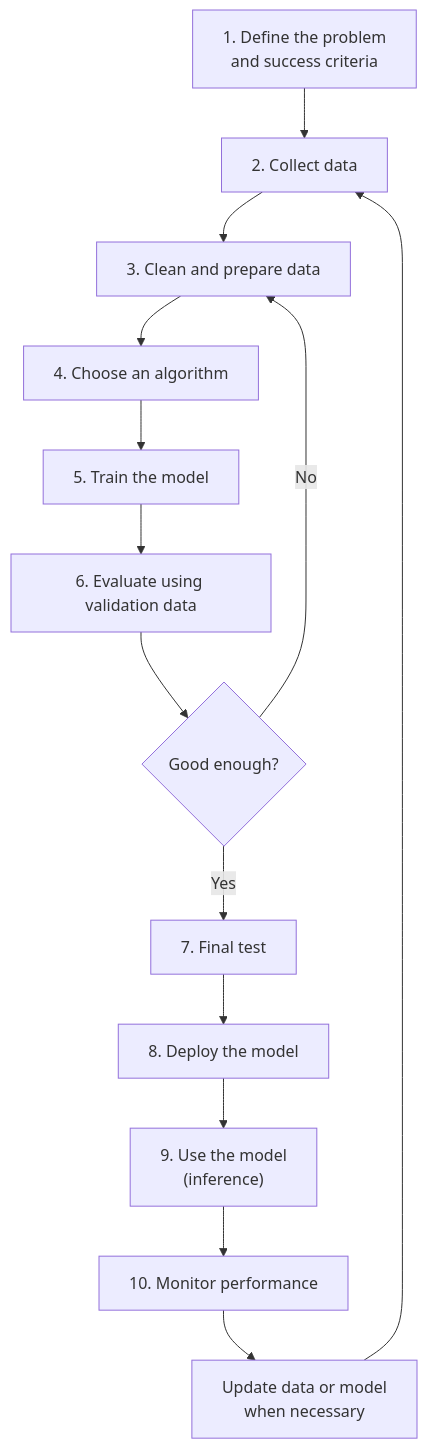
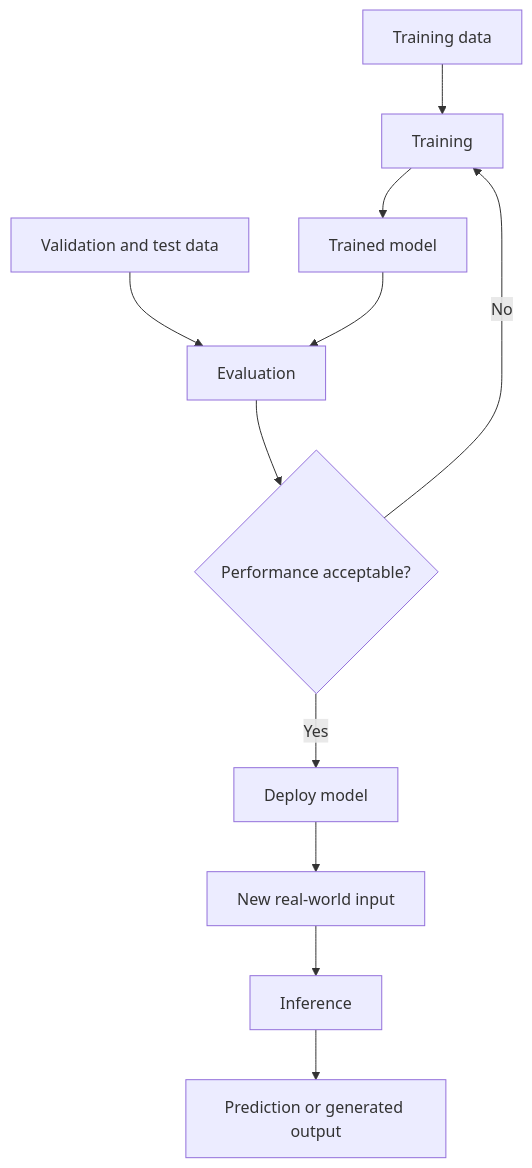
Before and after one commit to benngiiii/BABI-GULING: the fifth of 8 diagrams in Main/study-guide/V2.0/chapter-3-how-artificial-intelligence-works/how-artificial-intelligence-works.md, drawn with Mermaid. The commit also changed other lines of this file, not shown here.

````diff
--- a/Main/study-guide/V2.0/chapter-3-how-artificial-intelligence-works/how-artificial-intelligence-works.md
+++ b/Main/study-guide/V2.0/chapter-3-how-artificial-intelligence-works/how-artificial-intelligence-works.md
@@ -903,19 +942,19 @@
 ```mermaid
 flowchart TD
-    A["1. Define the problem<br/>and success criteria"]
-    B["2. Collect data"]
-    C["3. Clean and prepare data"]
-    D["4. Choose an algorithm"]
-    E["5. Train the model"]
-    F["6. Evaluate using validation data"]
-    G{"Good enough?"}
-    H["7. Final test"]
-    I["8. Deploy the model"]
-    J["9. Use the model<br/>(inference)"]
-    K["10. Monitor performance"]
-    L["Update data or model<br/>when necessary"]
-    A --> B --> C --> D --> E --> F --> G
-    G -- No --> C
-    G -- Yes --> H --> I --> J --> K --> L
-    L --> B
+    A["Training data"]
+    B["Training"]
+    C["Trained model"]
+    D["Validation and test data"]
+    E["Evaluation"]
+    F{"Performance acceptable?"}
+    G["Deploy model"]
+    H["New real-world input"]
+    I["Inference"]
+    J["Prediction or generated output"]
+
+    A --> B --> C
+    D --> E
+    C --> E --> F
+    F -- No --> B
+    F -- Yes --> G --> H --> I --> J
 ```
````
